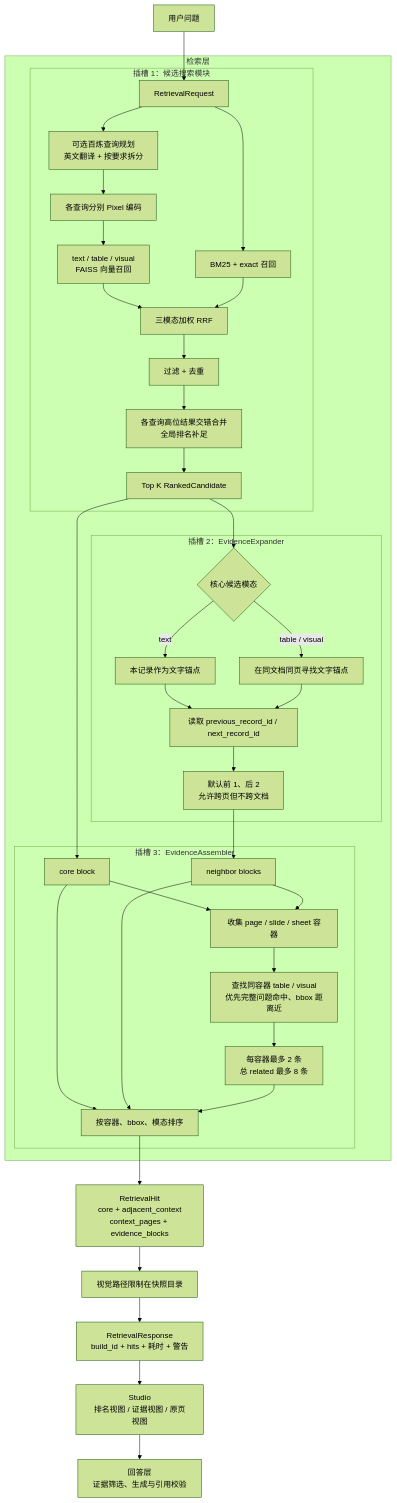
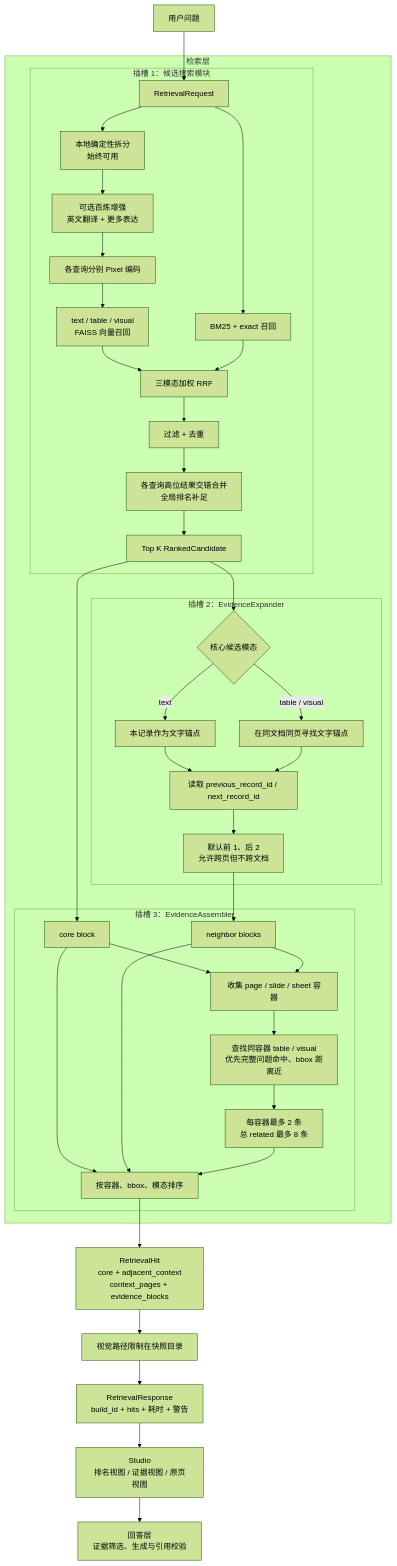
One commit to xyf966/RAG-PIXEL changed the diagram in 检索层测试结果/检索层方法与测试总览_20260826.md. Above: the diagram before and after it, drawn with Mermaid (forest theme). The commit also changed other lines of this file and 18 other files, not shown here.

````diff
--- a/检索层测试结果/检索层方法与测试总览_20260826.md
+++ b/检索层测试结果/检索层方法与测试总览_20260826.md
@@ -24,46 +24,47 @@
 ```mermaid
 flowchart TD
     USER["用户问题"] --> REQ["RetrievalRequest"]
 
     subgraph RETRIEVAL["检索层"]
         subgraph CANDIDATE["插槽 1：候选搜索模块"]
-            REQ --> PLAN["可选百炼查询规划<br/>英文翻译 + 按要求拆分"]
+            REQ --> LOCAL["本地确定性拆分<br/>始终可用"]
+            LOCAL --> PLAN["可选百炼增强<br/>英文翻译 + 更多表达"]
             PLAN --> QUERY["各查询分别 Pixel 编码"]
             QUERY --> VECTOR["text / table / visual<br/>FAISS 向量召回"]
             REQ --> KEYWORD["BM25 + exact 召回"]
             VECTOR --> FUSION["三模态加权 RRF"]
             KEYWORD --> FUSION
             FUSION --> DEDUP["过滤 + 去重"]
             DEDUP --> COVERAGE["各查询高位结果交错合并<br/>全局排名补足"]
             COVERAGE --> TOPK["Top K RankedCandidate"]
         end
 
     subgraph EXPAND["插槽 2：EvidenceExpander"]
         TOPK --> ANCHOR{"核心候选模态"}
         ANCHOR -->|text| SELF["本记录作为文字锚点"]
         ANCHOR -->|table / visual| PAGE["在同文档同页寻找文字锚点"]
         SELF --> LINKS["读取 previous_record_id / next_record_id"]
         PAGE --> LINKS
         LINKS --> WINDOW["默认前 1、后 2<br/>允许跨页但不跨文档"]
     end
 
     subgraph ASSEMBLE["插槽 3：EvidenceAssembler"]
         TOPK --> CORE["core block"]
         WINDOW --> NEIGHBOR["neighbor blocks"]
         CORE --> CONTAINER["收集 page / slide / sheet 容器"]
         NEIGHBOR --> CONTAINER
         CONTAINER --> RELATED["查找同容器 table / visual<br/>优先完整问题命中、bbox 距离近"]
         RELATED --> LIMIT["每容器最多 2 条<br/>总 related 最多 8 条"]
         CORE --> ORDER["按容器、bbox、模态排序"]
         NEIGHBOR --> ORDER
         LIMIT --> ORDER
     end
 
     end
 
     ORDER --> HIT["RetrievalHit<br/>core + adjacent_context<br/>context_pages + evidence_blocks"]
     HIT --> SAFE["视觉路径限制在快照目录"]
     SAFE --> RESPONSE["RetrievalResponse<br/>build_id + hits + 耗时 + 警告"]
     RESPONSE --> STUDIO["Studio<br/>排名视图 / 证据视图 / 原页视图"]
     STUDIO --> ANSWER["回答层<br/>证据筛选、生成与引用校验"]
 ```
````
